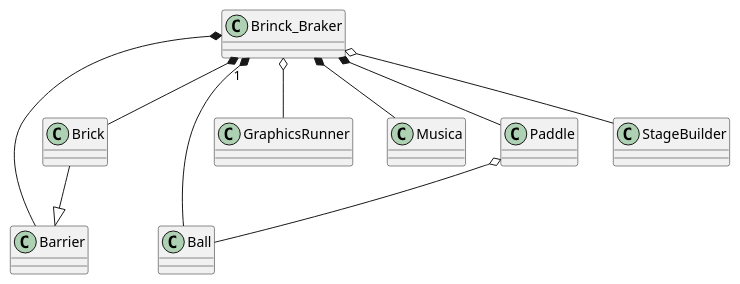
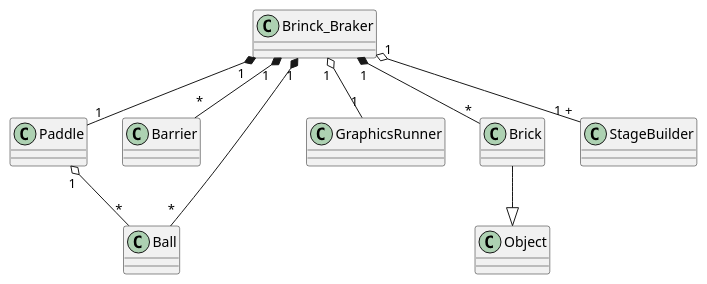
Before and after one commit to SantiagoGarciaVazquez/BrickBreaker: the diagram in docs/Diagrama.puml, drawn with PlantUML. The commit also changed 5 other files, not shown here.

```diff
--- a/docs/Diagrama.puml
+++ b/docs/Diagrama.puml
@@ -1,26 +1,24 @@
-@startuml
+@startuml Brinck_Braker
 
 class Ball
 class Barrier
 class Brick
 class Brinck_Braker 
 class GraphicsRunner
-class Musica
 class Paddle
 class StageBuilder
 
-Brinck_Braker "1" *-- Ball
-Brinck_Braker *-- Paddle
-Brinck_Braker *-- Brick
-Brinck_Braker *-- Barrier
-Brinck_Braker *-- Musica
+Brinck_Braker "1" *-- "*" Ball
+Brinck_Braker "1" *-- "1" Paddle
+Brinck_Braker "1" *-- "*" Brick
+Brinck_Braker "1 "*--  "*" Barrier
 
-Brinck_Braker o-- GraphicsRunner
-Brinck_Braker o-- StageBuilder
+Brinck_Braker "1" o-- "1" GraphicsRunner
+Brinck_Braker "1" o-- "1 +"StageBuilder
 
-Paddle o-- Ball
+Paddle "1" o-- "*" Ball
 
-Brick --|> Barrier
+Brick --|> Object
 
 
 @enduml
```
